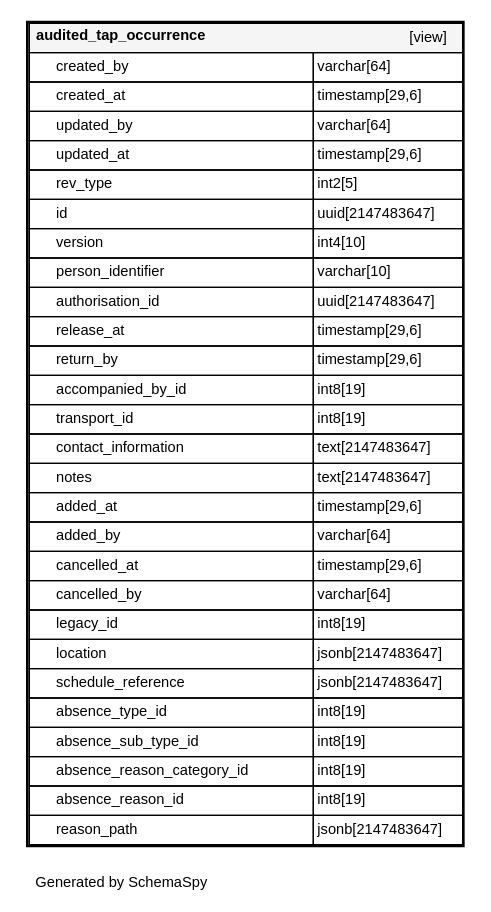
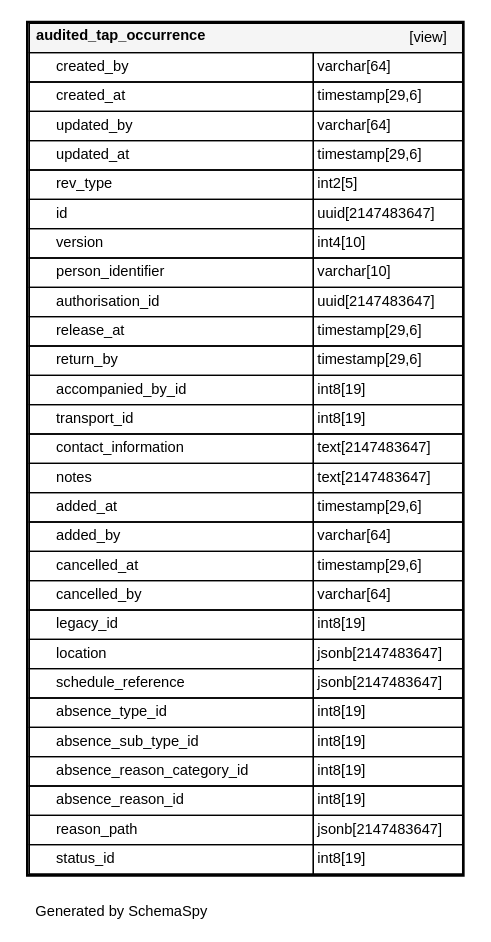
Before and after one commit to ministryofjustice/hmpps-external-movements-api: the diagram in schema-spy-report/diagrams/tables/audited_tap_occurrence.1degree.dot, drawn with Graphviz. The commit also changed 44 other files, not shown here.

```diff
--- a/schema-spy-report/diagrams/tables/audited_tap_occurrence.1degree.dot
+++ b/schema-spy-report/diagrams/tables/audited_tap_occurrence.1degree.dot
@@ -1,39 +1,40 @@
 digraph "oneDegreeRelationshipsDiagram" {
   graph [    rankdir="RL"    bgcolor="#ffffff"    label="\nGenerated by SchemaSpy"    labeljust="l"    nodesep="0.18"    ranksep="0.46"    fontname="Helvetica"    fontsize="11"    ration="compress"  ];  node [    fontname="Helvetica"    fontsize="11"    shape="plaintext"  ];  edge [    arrowsize="0.8"  ];
   "audited_tap_occurrence" [
    label=<
     <TABLE BORDER="2" CELLBORDER="1" CELLSPACING="0" BGCOLOR="#ffffff">
       <TR><TD COLSPAN="4"  BGCOLOR="#f5f5f5"><TABLE BORDER="0" CELLSPACING="0"><TR><TD ALIGN="LEFT" FIXEDSIZE="TRUE" WIDTH="161" HEIGHT="16"><B>audited_tap_occurrence</B></TD><TD ALIGN="RIGHT">[view]</TD></TR></TABLE></TD></TR>
       <TR><TD PORT="created_by" COLSPAN="2" ALIGN="LEFT"><TABLE BORDER="0" CELLSPACING="0" ALIGN="LEFT"><TR ALIGN="LEFT"><TD ALIGN="LEFT" FIXEDSIZE="TRUE" WIDTH="15" HEIGHT="16"></TD><TD ALIGN="LEFT" FIXEDSIZE="TRUE" WIDTH="192" HEIGHT="16">created_by</TD></TR></TABLE></TD><TD PORT="created_by.type" ALIGN="LEFT">varchar[64]</TD></TR>
       <TR><TD PORT="created_at" COLSPAN="2" ALIGN="LEFT"><TABLE BORDER="0" CELLSPACING="0" ALIGN="LEFT"><TR ALIGN="LEFT"><TD ALIGN="LEFT" FIXEDSIZE="TRUE" WIDTH="15" HEIGHT="16"></TD><TD ALIGN="LEFT" FIXEDSIZE="TRUE" WIDTH="192" HEIGHT="16">created_at</TD></TR></TABLE></TD><TD PORT="created_at.type" ALIGN="LEFT">timestamp[29,6]</TD></TR>
       <TR><TD PORT="updated_by" COLSPAN="2" ALIGN="LEFT"><TABLE BORDER="0" CELLSPACING="0" ALIGN="LEFT"><TR ALIGN="LEFT"><TD ALIGN="LEFT" FIXEDSIZE="TRUE" WIDTH="15" HEIGHT="16"></TD><TD ALIGN="LEFT" FIXEDSIZE="TRUE" WIDTH="192" HEIGHT="16">updated_by</TD></TR></TABLE></TD><TD PORT="updated_by.type" ALIGN="LEFT">varchar[64]</TD></TR>
       <TR><TD PORT="updated_at" COLSPAN="2" ALIGN="LEFT"><TABLE BORDER="0" CELLSPACING="0" ALIGN="LEFT"><TR ALIGN="LEFT"><TD ALIGN="LEFT" FIXEDSIZE="TRUE" WIDTH="15" HEIGHT="16"></TD><TD ALIGN="LEFT" FIXEDSIZE="TRUE" WIDTH="192" HEIGHT="16">updated_at</TD></TR></TABLE></TD><TD PORT="updated_at.type" ALIGN="LEFT">timestamp[29,6]</TD></TR>
       <TR><TD PORT="rev_type" COLSPAN="2" ALIGN="LEFT"><TABLE BORDER="0" CELLSPACING="0" ALIGN="LEFT"><TR ALIGN="LEFT"><TD ALIGN="LEFT" FIXEDSIZE="TRUE" WIDTH="15" HEIGHT="16"></TD><TD ALIGN="LEFT" FIXEDSIZE="TRUE" WIDTH="192" HEIGHT="16">rev_type</TD></TR></TABLE></TD><TD PORT="rev_type.type" ALIGN="LEFT">int2[5]</TD></TR>
       <TR><TD PORT="id" COLSPAN="2" ALIGN="LEFT"><TABLE BORDER="0" CELLSPACING="0" ALIGN="LEFT"><TR ALIGN="LEFT"><TD ALIGN="LEFT" FIXEDSIZE="TRUE" WIDTH="15" HEIGHT="16"></TD><TD ALIGN="LEFT" FIXEDSIZE="TRUE" WIDTH="192" HEIGHT="16">id</TD></TR></TABLE></TD><TD PORT="id.type" ALIGN="LEFT">uuid[2147483647]</TD></TR>
       <TR><TD PORT="version" COLSPAN="2" ALIGN="LEFT"><TABLE BORDER="0" CELLSPACING="0" ALIGN="LEFT"><TR ALIGN="LEFT"><TD ALIGN="LEFT" FIXEDSIZE="TRUE" WIDTH="15" HEIGHT="16"></TD><TD ALIGN="LEFT" FIXEDSIZE="TRUE" WIDTH="192" HEIGHT="16">version</TD></TR></TABLE></TD><TD PORT="version.type" ALIGN="LEFT">int4[10]</TD></TR>
       <TR><TD PORT="person_identifier" COLSPAN="2" ALIGN="LEFT"><TABLE BORDER="0" CELLSPACING="0" ALIGN="LEFT"><TR ALIGN="LEFT"><TD ALIGN="LEFT" FIXEDSIZE="TRUE" WIDTH="15" HEIGHT="16"></TD><TD ALIGN="LEFT" FIXEDSIZE="TRUE" WIDTH="192" HEIGHT="16">person_identifier</TD></TR></TABLE></TD><TD PORT="person_identifier.type" ALIGN="LEFT">varchar[10]</TD></TR>
       <TR><TD PORT="authorisation_id" COLSPAN="2" ALIGN="LEFT"><TABLE BORDER="0" CELLSPACING="0" ALIGN="LEFT"><TR ALIGN="LEFT"><TD ALIGN="LEFT" FIXEDSIZE="TRUE" WIDTH="15" HEIGHT="16"></TD><TD ALIGN="LEFT" FIXEDSIZE="TRUE" WIDTH="192" HEIGHT="16">authorisation_id</TD></TR></TABLE></TD><TD PORT="authorisation_id.type" ALIGN="LEFT">uuid[2147483647]</TD></TR>
       <TR><TD PORT="release_at" COLSPAN="2" ALIGN="LEFT"><TABLE BORDER="0" CELLSPACING="0" ALIGN="LEFT"><TR ALIGN="LEFT"><TD ALIGN="LEFT" FIXEDSIZE="TRUE" WIDTH="15" HEIGHT="16"></TD><TD ALIGN="LEFT" FIXEDSIZE="TRUE" WIDTH="192" HEIGHT="16">release_at</TD></TR></TABLE></TD><TD PORT="release_at.type" ALIGN="LEFT">timestamp[29,6]</TD></TR>
       <TR><TD PORT="return_by" COLSPAN="2" ALIGN="LEFT"><TABLE BORDER="0" CELLSPACING="0" ALIGN="LEFT"><TR ALIGN="LEFT"><TD ALIGN="LEFT" FIXEDSIZE="TRUE" WIDTH="15" HEIGHT="16"></TD><TD ALIGN="LEFT" FIXEDSIZE="TRUE" WIDTH="192" HEIGHT="16">return_by</TD></TR></TABLE></TD><TD PORT="return_by.type" ALIGN="LEFT">timestamp[29,6]</TD></TR>
       <TR><TD PORT="accompanied_by_id" COLSPAN="2" ALIGN="LEFT"><TABLE BORDER="0" CELLSPACING="0" ALIGN="LEFT"><TR ALIGN="LEFT"><TD ALIGN="LEFT" FIXEDSIZE="TRUE" WIDTH="15" HEIGHT="16"></TD><TD ALIGN="LEFT" FIXEDSIZE="TRUE" WIDTH="192" HEIGHT="16">accompanied_by_id</TD></TR></TABLE></TD><TD PORT="accompanied_by_id.type" ALIGN="LEFT">int8[19]</TD></TR>
       <TR><TD PORT="transport_id" COLSPAN="2" ALIGN="LEFT"><TABLE BORDER="0" CELLSPACING="0" ALIGN="LEFT"><TR ALIGN="LEFT"><TD ALIGN="LEFT" FIXEDSIZE="TRUE" WIDTH="15" HEIGHT="16"></TD><TD ALIGN="LEFT" FIXEDSIZE="TRUE" WIDTH="192" HEIGHT="16">transport_id</TD></TR></TABLE></TD><TD PORT="transport_id.type" ALIGN="LEFT">int8[19]</TD></TR>
       <TR><TD PORT="contact_information" COLSPAN="2" ALIGN="LEFT"><TABLE BORDER="0" CELLSPACING="0" ALIGN="LEFT"><TR ALIGN="LEFT"><TD ALIGN="LEFT" FIXEDSIZE="TRUE" WIDTH="15" HEIGHT="16"></TD><TD ALIGN="LEFT" FIXEDSIZE="TRUE" WIDTH="192" HEIGHT="16">contact_information</TD></TR></TABLE></TD><TD PORT="contact_information.type" ALIGN="LEFT">text[2147483647]</TD></TR>
       <TR><TD PORT="notes" COLSPAN="2" ALIGN="LEFT"><TABLE BORDER="0" CELLSPACING="0" ALIGN="LEFT"><TR ALIGN="LEFT"><TD ALIGN="LEFT" FIXEDSIZE="TRUE" WIDTH="15" HEIGHT="16"></TD><TD ALIGN="LEFT" FIXEDSIZE="TRUE" WIDTH="192" HEIGHT="16">notes</TD></TR></TABLE></TD><TD PORT="notes.type" ALIGN="LEFT">text[2147483647]</TD></TR>
       <TR><TD PORT="added_at" COLSPAN="2" ALIGN="LEFT"><TABLE BORDER="0" CELLSPACING="0" ALIGN="LEFT"><TR ALIGN="LEFT"><TD ALIGN="LEFT" FIXEDSIZE="TRUE" WIDTH="15" HEIGHT="16"></TD><TD ALIGN="LEFT" FIXEDSIZE="TRUE" WIDTH="192" HEIGHT="16">added_at</TD></TR></TABLE></TD><TD PORT="added_at.type" ALIGN="LEFT">timestamp[29,6]</TD></TR>
       <TR><TD PORT="added_by" COLSPAN="2" ALIGN="LEFT"><TABLE BORDER="0" CELLSPACING="0" ALIGN="LEFT"><TR ALIGN="LEFT"><TD ALIGN="LEFT" FIXEDSIZE="TRUE" WIDTH="15" HEIGHT="16"></TD><TD ALIGN="LEFT" FIXEDSIZE="TRUE" WIDTH="192" HEIGHT="16">added_by</TD></TR></TABLE></TD><TD PORT="added_by.type" ALIGN="LEFT">varchar[64]</TD></TR>
       <TR><TD PORT="cancelled_at" COLSPAN="2" ALIGN="LEFT"><TABLE BORDER="0" CELLSPACING="0" ALIGN="LEFT"><TR ALIGN="LEFT"><TD ALIGN="LEFT" FIXEDSIZE="TRUE" WIDTH="15" HEIGHT="16"></TD><TD ALIGN="LEFT" FIXEDSIZE="TRUE" WIDTH="192" HEIGHT="16">cancelled_at</TD></TR></TABLE></TD><TD PORT="cancelled_at.type" ALIGN="LEFT">timestamp[29,6]</TD></TR>
       <TR><TD PORT="cancelled_by" COLSPAN="2" ALIGN="LEFT"><TABLE BORDER="0" CELLSPACING="0" ALIGN="LEFT"><TR ALIGN="LEFT"><TD ALIGN="LEFT" FIXEDSIZE="TRUE" WIDTH="15" HEIGHT="16"></TD><TD ALIGN="LEFT" FIXEDSIZE="TRUE" WIDTH="192" HEIGHT="16">cancelled_by</TD></TR></TABLE></TD><TD PORT="cancelled_by.type" ALIGN="LEFT">varchar[64]</TD></TR>
       <TR><TD PORT="legacy_id" COLSPAN="2" ALIGN="LEFT"><TABLE BORDER="0" CELLSPACING="0" ALIGN="LEFT"><TR ALIGN="LEFT"><TD ALIGN="LEFT" FIXEDSIZE="TRUE" WIDTH="15" HEIGHT="16"></TD><TD ALIGN="LEFT" FIXEDSIZE="TRUE" WIDTH="192" HEIGHT="16">legacy_id</TD></TR></TABLE></TD><TD PORT="legacy_id.type" ALIGN="LEFT">int8[19]</TD></TR>
       <TR><TD PORT="location" COLSPAN="2" ALIGN="LEFT"><TABLE BORDER="0" CELLSPACING="0" ALIGN="LEFT"><TR ALIGN="LEFT"><TD ALIGN="LEFT" FIXEDSIZE="TRUE" WIDTH="15" HEIGHT="16"></TD><TD ALIGN="LEFT" FIXEDSIZE="TRUE" WIDTH="192" HEIGHT="16">location</TD></TR></TABLE></TD><TD PORT="location.type" ALIGN="LEFT">jsonb[2147483647]</TD></TR>
       <TR><TD PORT="schedule_reference" COLSPAN="2" ALIGN="LEFT"><TABLE BORDER="0" CELLSPACING="0" ALIGN="LEFT"><TR ALIGN="LEFT"><TD ALIGN="LEFT" FIXEDSIZE="TRUE" WIDTH="15" HEIGHT="16"></TD><TD ALIGN="LEFT" FIXEDSIZE="TRUE" WIDTH="192" HEIGHT="16">schedule_reference</TD></TR></TABLE></TD><TD PORT="schedule_reference.type" ALIGN="LEFT">jsonb[2147483647]</TD></TR>
       <TR><TD PORT="absence_type_id" COLSPAN="2" ALIGN="LEFT"><TABLE BORDER="0" CELLSPACING="0" ALIGN="LEFT"><TR ALIGN="LEFT"><TD ALIGN="LEFT" FIXEDSIZE="TRUE" WIDTH="15" HEIGHT="16"></TD><TD ALIGN="LEFT" FIXEDSIZE="TRUE" WIDTH="192" HEIGHT="16">absence_type_id</TD></TR></TABLE></TD><TD PORT="absence_type_id.type" ALIGN="LEFT">int8[19]</TD></TR>
       <TR><TD PORT="absence_sub_type_id" COLSPAN="2" ALIGN="LEFT"><TABLE BORDER="0" CELLSPACING="0" ALIGN="LEFT"><TR ALIGN="LEFT"><TD ALIGN="LEFT" FIXEDSIZE="TRUE" WIDTH="15" HEIGHT="16"></TD><TD ALIGN="LEFT" FIXEDSIZE="TRUE" WIDTH="192" HEIGHT="16">absence_sub_type_id</TD></TR></TABLE></TD><TD PORT="absence_sub_type_id.type" ALIGN="LEFT">int8[19]</TD></TR>
       <TR><TD PORT="absence_reason_category_id" COLSPAN="2" ALIGN="LEFT"><TABLE BORDER="0" CELLSPACING="0" ALIGN="LEFT"><TR ALIGN="LEFT"><TD ALIGN="LEFT" FIXEDSIZE="TRUE" WIDTH="15" HEIGHT="16"></TD><TD ALIGN="LEFT" FIXEDSIZE="TRUE" WIDTH="192" HEIGHT="16">absence_reason_category_id</TD></TR></TABLE></TD><TD PORT="absence_reason_category_id.type" ALIGN="LEFT">int8[19]</TD></TR>
       <TR><TD PORT="absence_reason_id" COLSPAN="2" ALIGN="LEFT"><TABLE BORDER="0" CELLSPACING="0" ALIGN="LEFT"><TR ALIGN="LEFT"><TD ALIGN="LEFT" FIXEDSIZE="TRUE" WIDTH="15" HEIGHT="16"></TD><TD ALIGN="LEFT" FIXEDSIZE="TRUE" WIDTH="192" HEIGHT="16">absence_reason_id</TD></TR></TABLE></TD><TD PORT="absence_reason_id.type" ALIGN="LEFT">int8[19]</TD></TR>
       <TR><TD PORT="reason_path" COLSPAN="2" ALIGN="LEFT"><TABLE BORDER="0" CELLSPACING="0" ALIGN="LEFT"><TR ALIGN="LEFT"><TD ALIGN="LEFT" FIXEDSIZE="TRUE" WIDTH="15" HEIGHT="16"></TD><TD ALIGN="LEFT" FIXEDSIZE="TRUE" WIDTH="192" HEIGHT="16">reason_path</TD></TR></TABLE></TD><TD PORT="reason_path.type" ALIGN="LEFT">jsonb[2147483647]</TD></TR>
+      <TR><TD PORT="status_id" COLSPAN="2" ALIGN="LEFT"><TABLE BORDER="0" CELLSPACING="0" ALIGN="LEFT"><TR ALIGN="LEFT"><TD ALIGN="LEFT" FIXEDSIZE="TRUE" WIDTH="15" HEIGHT="16"></TD><TD ALIGN="LEFT" FIXEDSIZE="TRUE" WIDTH="192" HEIGHT="16">status_id</TD></TR></TABLE></TD><TD PORT="status_id.type" ALIGN="LEFT">int8[19]</TD></TR>
     </TABLE>>
     URL="../../tables/audited_tap_occurrence.html"
     target="_top"
     tooltip="audited_tap_occurrence"
   ];
 }
```
